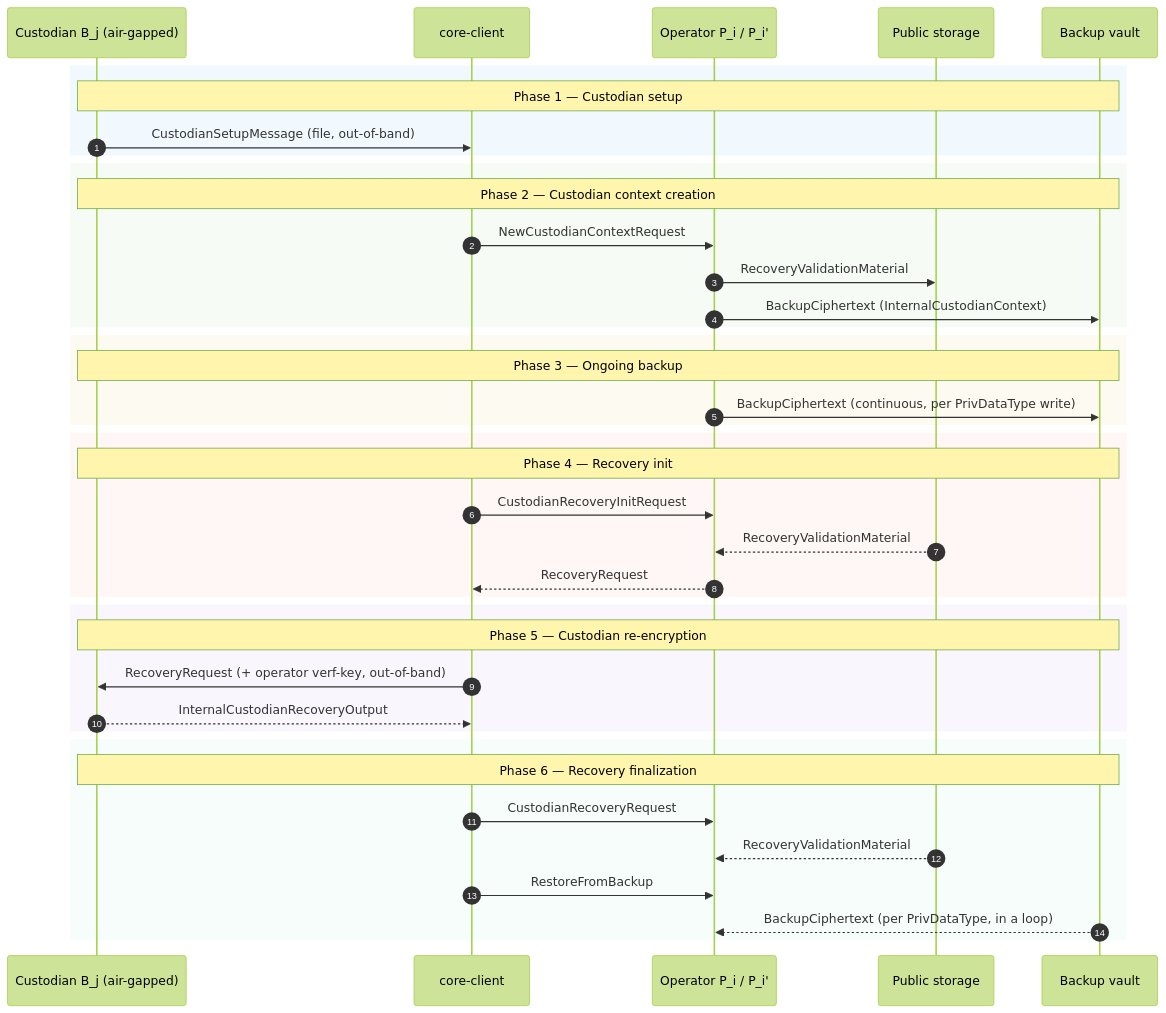
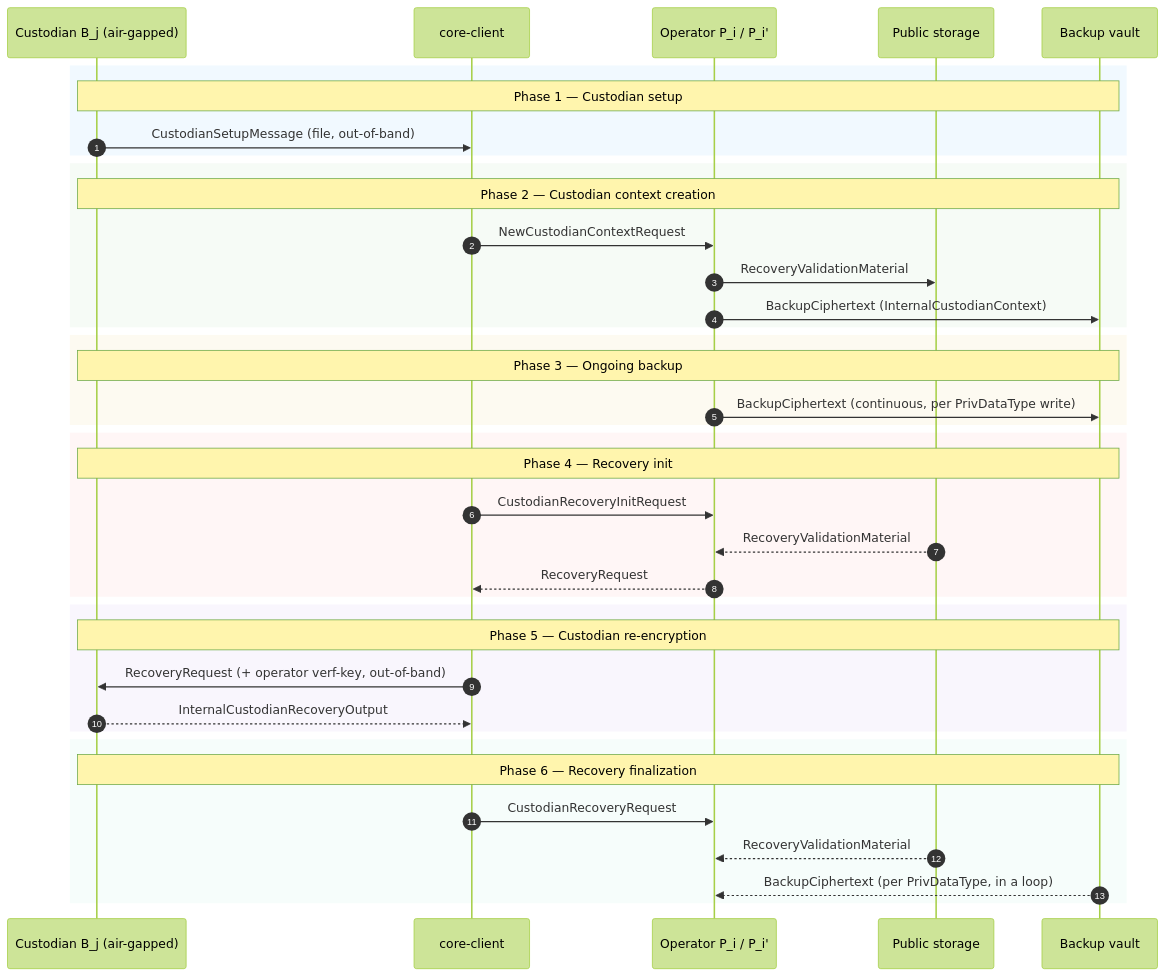
The diagram in docs/guides/backup.md (zama-ai/kms), drawn with Mermaid (forest theme) before and after one commit. The commit also changed other lines of this file and 1 other file, not shown here.

Commit message:
docs: updated documentation for backup

````diff
--- a/docs/guides/backup.md
+++ b/docs/guides/backup.md
@@ -105,47 +116,46 @@
 ```mermaid
 sequenceDiagram
     autonumber
     participant Cus as Custodian B_j (air-gapped)
     participant Cli as core-client
     participant Op as Operator P_i / P_i'
     participant Pub as Public storage
     participant Vault as Backup vault
 
     rect rgba(200, 230, 255, 0.25)
     Note over Cus, Vault: Phase 1 — Custodian setup
     Cus->>Cli: CustodianSetupMessage (file, out-of-band)
     end
 
     rect rgba(220, 240, 220, 0.25)
     Note over Cus, Vault: Phase 2 — Custodian context creation
     Cli->>Op: NewCustodianContextRequest
     Op->>Pub: RecoveryValidationMaterial
     Op->>Vault: BackupCiphertext (InternalCustodianContext)
     end
 
     rect rgba(245, 235, 200, 0.25)
     Note over Cus, Vault: Phase 3 — Ongoing backup
     Op->>Vault: BackupCiphertext (continuous, per PrivDataType write)
     end
 
     rect rgba(255, 220, 220, 0.25)
     Note over Cus, Vault: Phase 4 — Recovery init
     Cli->>Op: CustodianRecoveryInitRequest
     Pub-->>Op: RecoveryValidationMaterial
     Op-->>Cli: RecoveryRequest
     end
 
     rect rgba(230, 220, 245, 0.25)
     Note over Cus, Vault: Phase 5 — Custodian re-encryption
     Cli->>Cus: RecoveryRequest (+ operator verf-key, out-of-band)
     Cus-->>Cli: InternalCustodianRecoveryOutput
     end
 
     rect rgba(220, 245, 240, 0.25)
     Note over Cus, Vault: Phase 6 — Recovery finalization
     Cli->>Op: CustodianRecoveryRequest
     Pub-->>Op: RecoveryValidationMaterial
-    Cli->>Op: RestoreFromBackup
     Vault-->>Op: BackupCiphertext (per PrivDataType, in a loop)
     end
 ```
````
